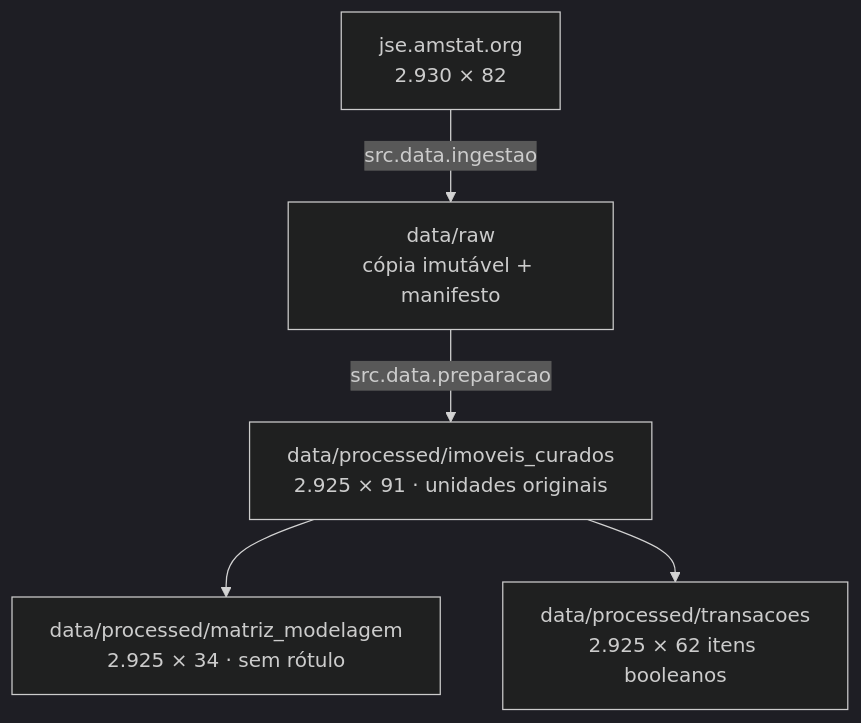
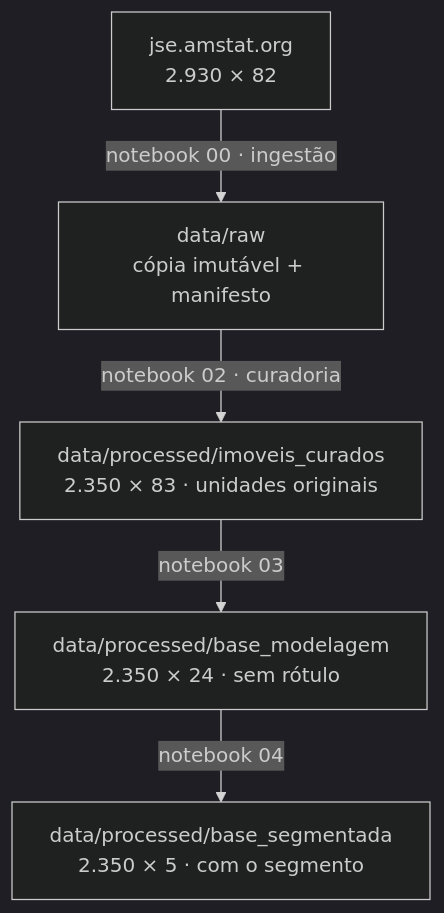
Before and after one commit to aislansf/projeto-exemplo-mercado-imobiliario: the diagram in docs/preparacao.md, drawn with Mermaid (dark theme). The commit also changed other lines of this file and 14 other files, not shown here.

````diff
--- a/docs/preparacao.md
+++ b/docs/preparacao.md
@@ -12,9 +12,8 @@
 ```mermaid
 flowchart TD
-    A["jse.amstat.org<br/>2.930 × 82"] -->|"src.data.ingestao"| B
-    B["data/raw<br/>cópia imutável + manifesto"] -->|"src.data.preparacao"| C
-    C["data/processed/imoveis_curados<br/>2.925 × 91 · unidades originais"] --> D
-    C --> E
-    D["data/processed/matriz_modelagem<br/>2.925 × 34 · sem rótulo"]
-    E["data/processed/transacoes<br/>2.925 × 62 itens booleanos"]
+    A["jse.amstat.org<br/>2.930 × 82"] -->|"notebook 00 · ingestão"| B
+    B["data/raw<br/>cópia imutável + manifesto"] -->|"notebook 02 · curadoria"| C
+    C["data/processed/imoveis_curados<br/>2.350 × 83 · unidades originais"] -->|"notebook 03"| D
+    D["data/processed/base_modelagem<br/>2.350 × 24 · sem rótulo"] -->|"notebook 04"| E
+    E["data/processed/base_segmentada<br/>2.350 × 5 · com o segmento"]
 ```
````
